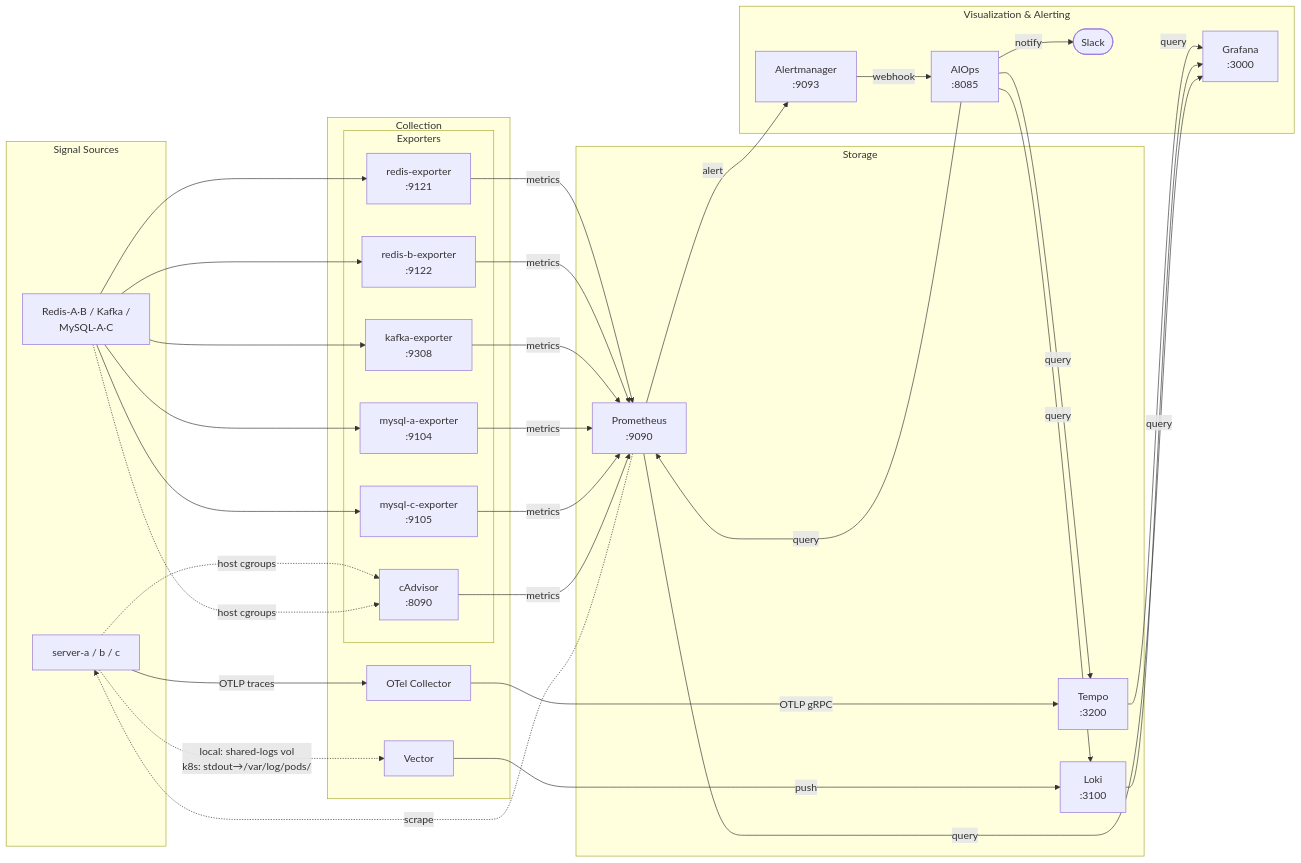
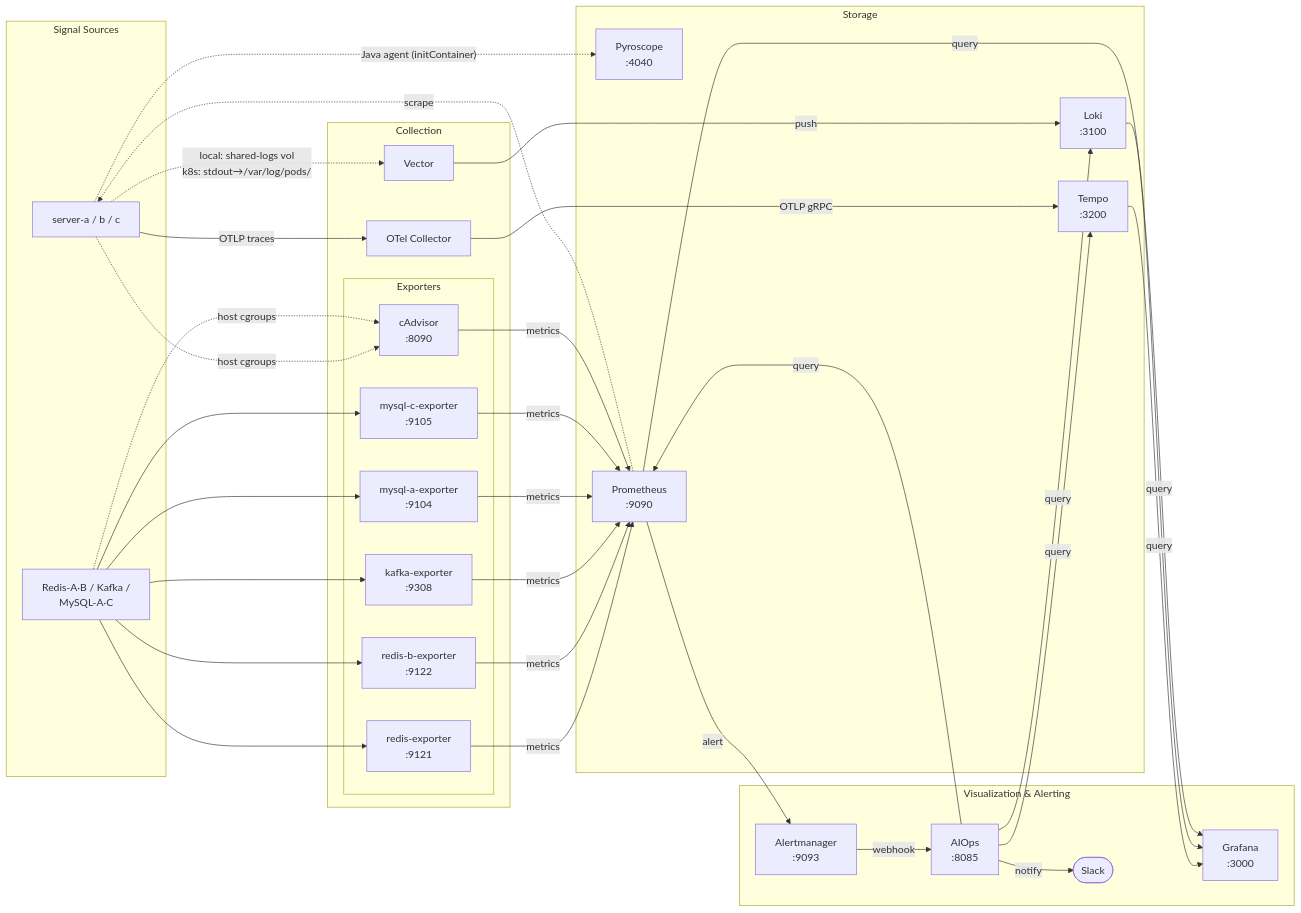
One commit to michi2012/goods-promotion-project changed the third of 3 diagrams in README.md. Above: the diagram before and after it, drawn with Mermaid. The commit also changed other lines of this file and 5 other files, not shown here.

````diff
--- a/README.md
+++ b/README.md
@@ -207,49 +207,51 @@
 ```mermaid
 flowchart LR
   subgraph Src["Signal Sources"]
     apps["server-a / b / c"]
     infraSrc["Redis-A·B / Kafka /\nMySQL-A·C"]
   end
 
   subgraph Collect["Collection"]
     otel["OTel Collector"]
     vector["Vector"]
     subgraph Exp["Exporters"]
       redisExp["redis-exporter\n:9121"]
       redisBExp["redis-b-exporter\n:9122"]
       kafkaExp["kafka-exporter\n:9308"]
       mysqlAExp["mysql-a-exporter\n:9104"]
       mysqlCExp["mysql-c-exporter\n:9105"]
       cadvisor["cAdvisor\n:8090"]
     end
   end
 
   subgraph Store["Storage"]
     tempo["Tempo\n:3200"]
     loki["Loki\n:3100"]
+    pyroscope["Pyroscope\n:4040"]
     prometheus["Prometheus\n:9090"]
   end
 
   subgraph Vis["Visualization & Alerting"]
     grafana["Grafana\n:3000"]
     alertmanager["Alertmanager\n:9093"]
     AIOps["AIOps\n:8085"]
     Slack(["Slack"])
   end
 
   apps -->|OTLP traces| otel
   apps -.->|"local: shared-logs vol\nk8s: stdout→/var/log/pods/"| vector
+  apps -.->|"Java agent (initContainer)"| pyroscope
   infraSrc --> redisExp & redisBExp & kafkaExp & mysqlAExp & mysqlCExp
   apps & infraSrc -.->|host cgroups| cadvisor
 
   otel -->|OTLP gRPC| tempo
   vector -->|push| loki
   redisExp & redisBExp & kafkaExp & mysqlAExp & mysqlCExp & cadvisor -->|metrics| prometheus
   prometheus -.->|scrape| apps
 
   tempo & loki & prometheus -->|query| grafana
   prometheus -->|alert| alertmanager
   alertmanager -->|webhook| AIOps
   AIOps -->|query| prometheus & loki & tempo
   AIOps -->|notify| Slack
 ```
````
